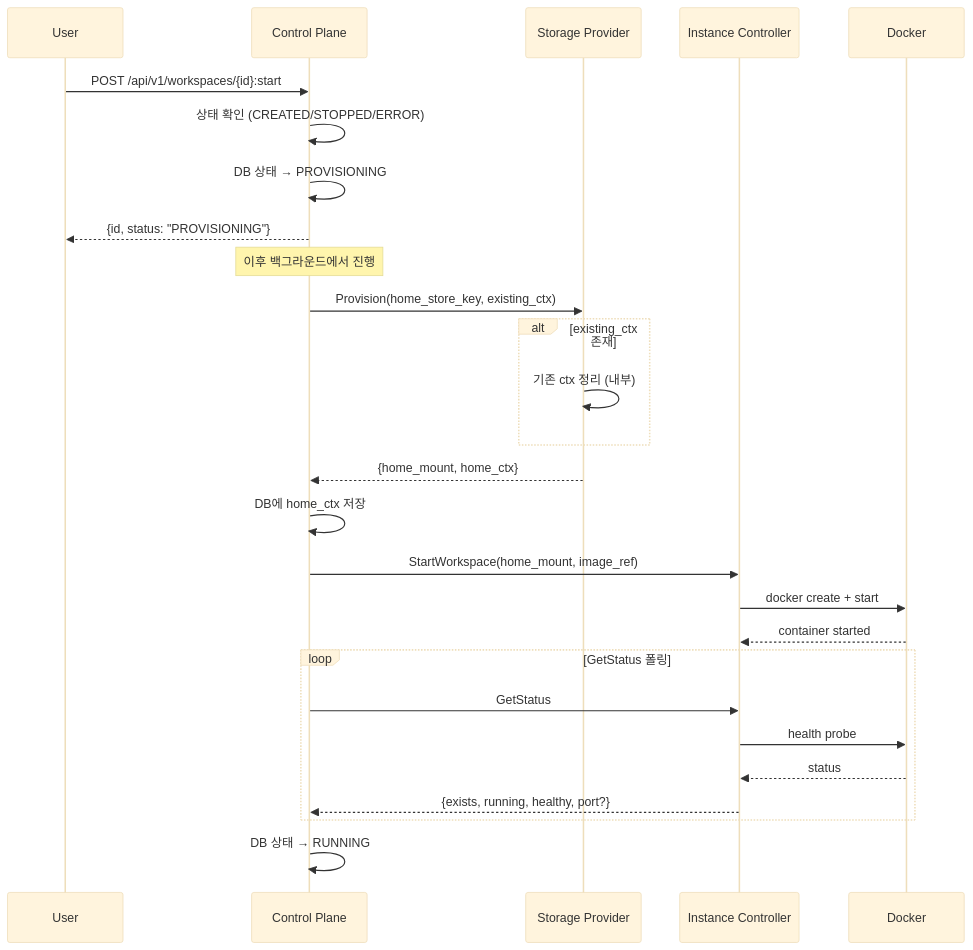
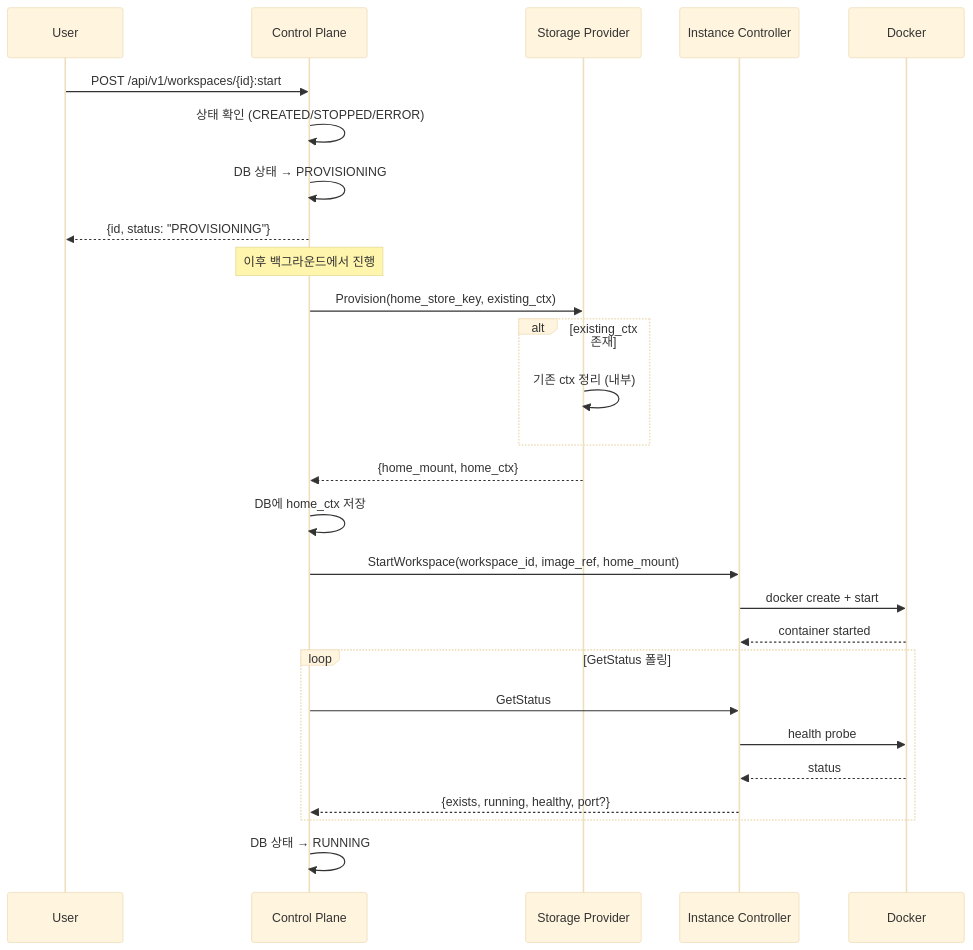
The fourth of 10 diagrams in docs/architecture.md (cagojeiger/code-hub), drawn with Mermaid (base theme) before and after one commit. The commit also changed 1 other file, not shown here.

Commit message:
docs: fix StartWorkspace signature inconsistency and update gitignore
- Fix architecture.md StartWorkspace signature to match spec.md
  - Before: StartWorkspace(home_mount, image_ref)
  - After: StartWorkspace(workspace_id, image_ref, home_mount)
- Add .claude/ to gitignore

🤖 Generated with [Claude Code](https://claude.com/claude-code)

````diff
--- a/docs/architecture.md
+++ b/docs/architecture.md
@@ -90,37 +90,37 @@
 ```mermaid
 sequenceDiagram
     participant U as User
     participant CP as Control Plane
     participant SP as Storage Provider
     participant IC as Instance Controller
     participant D as Docker
 
     U->>CP: POST /api/v1/workspaces/{id}:start
     CP->>CP: 상태 확인 (CREATED/STOPPED/ERROR)
     CP->>CP: DB 상태 → PROVISIONING
     CP-->>U: {id, status: "PROVISIONING"}
 
     Note over CP: 이후 백그라운드에서 진행
 
     CP->>SP: Provision(home_store_key, existing_ctx)
 
     alt existing_ctx 존재
         SP->>SP: 기존 ctx 정리 (내부)
     end
 
     SP-->>CP: {home_mount, home_ctx}
     CP->>CP: DB에 home_ctx 저장
 
-    CP->>IC: StartWorkspace(home_mount, image_ref)
+    CP->>IC: StartWorkspace(workspace_id, image_ref, home_mount)
     IC->>D: docker create + start
     D-->>IC: container started
 
     loop GetStatus 폴링
         CP->>IC: GetStatus
         IC->>D: health probe
         D-->>IC: status
         IC-->>CP: {exists, running, healthy, port?}
     end
 
     CP->>CP: DB 상태 → RUNNING
 ```
````
